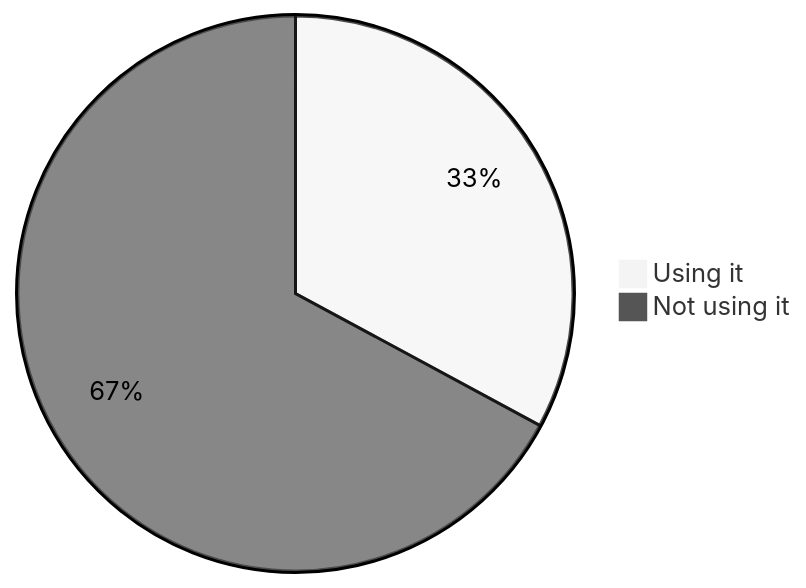
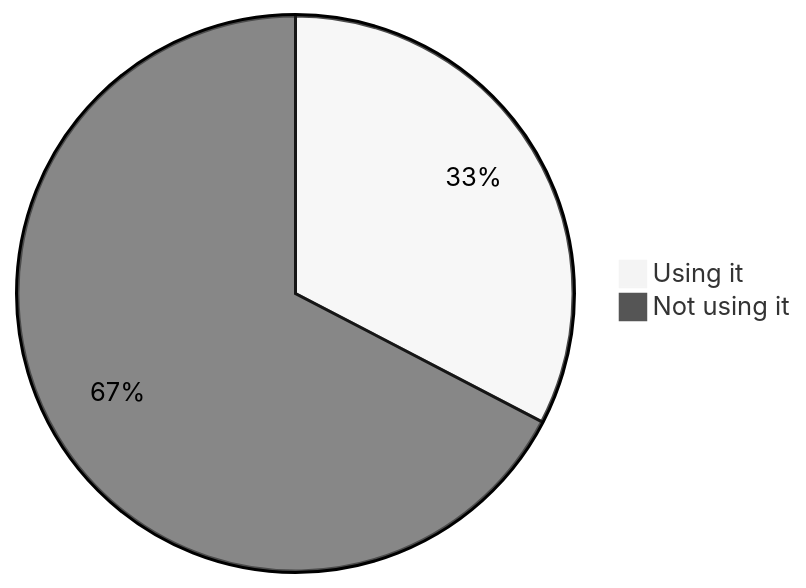
Before and after one commit to oshp/oshp-stats: diagram 14 of 22 in stats.md, drawn with Mermaid (neutral theme). The commit also changed other lines of this file, not shown here.

````diff
--- a/stats.md
+++ b/stats.md
@@ -166,6 +166,6 @@
 ```mermaid
 pie
-	"Using it" : 32.88
-	"Not using it" : 67.12
+	"Using it" : 32.64
+	"Not using it" : 67.36
 
 ```
````
